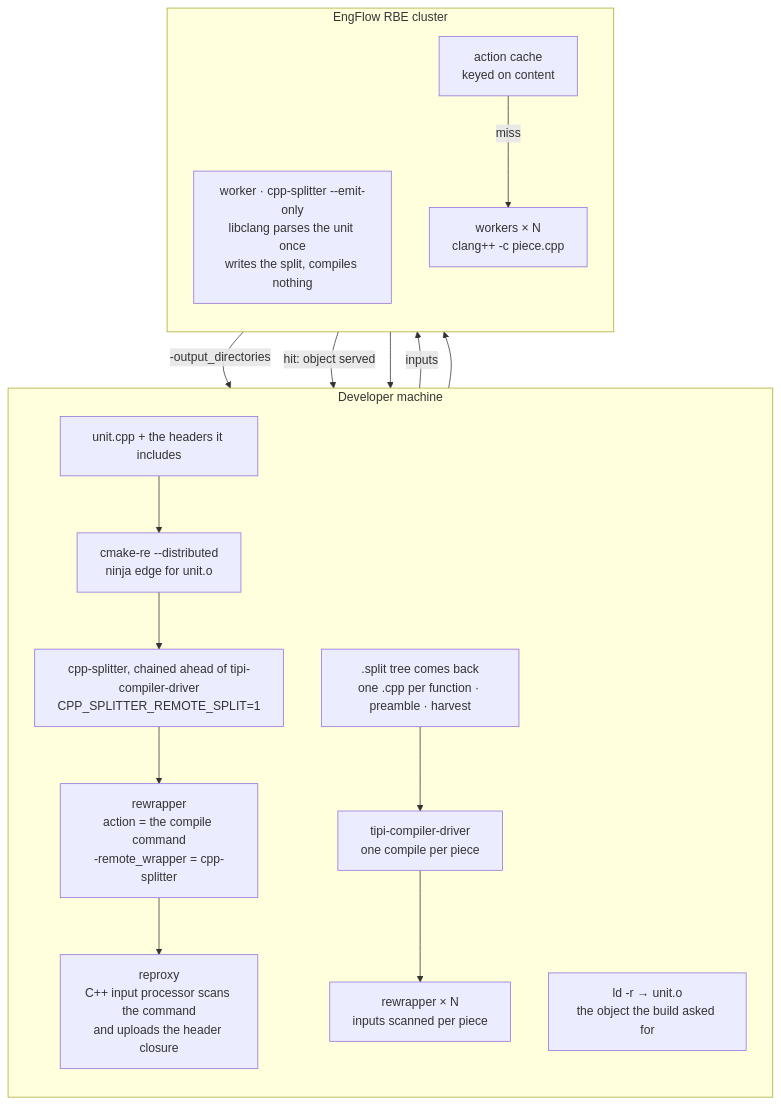
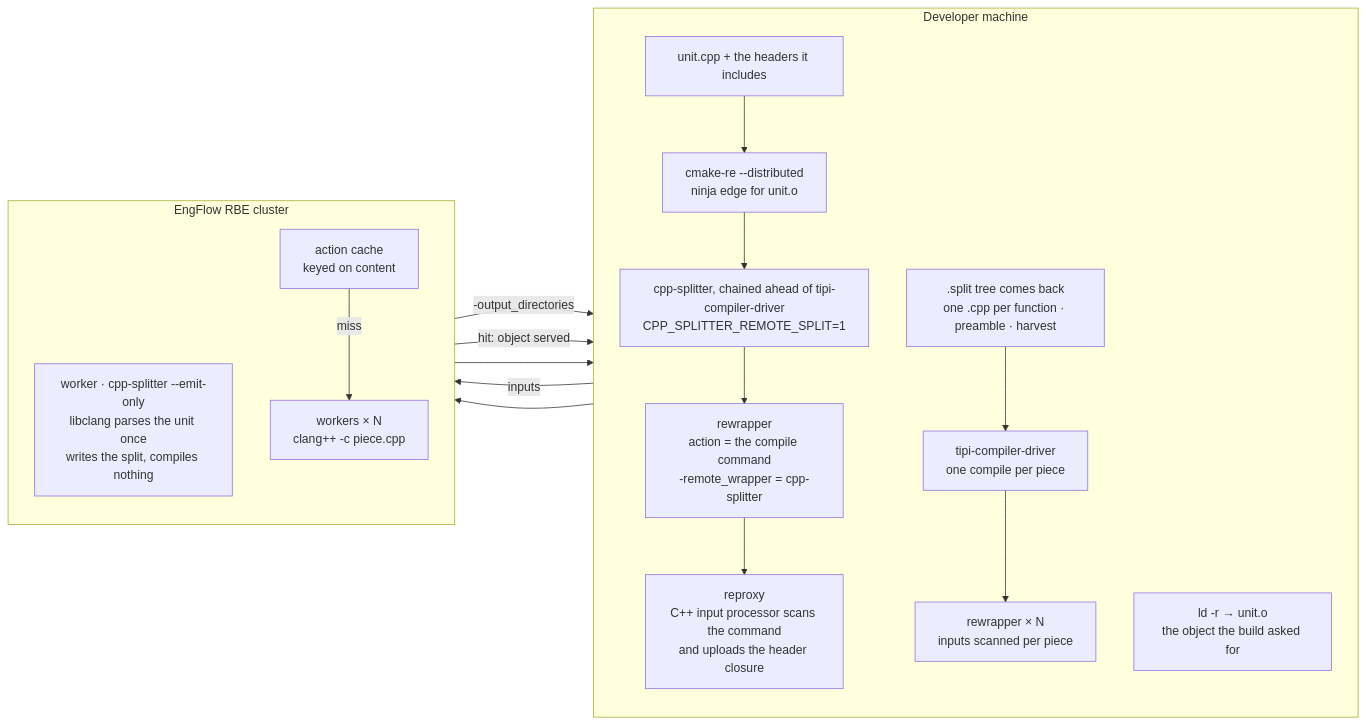
The diagram in blog_boost_spirit_test_suite.md (daminetreg/splitter), drawn with Mermaid before and after one commit.

Commit message:
:lipstick: lay the diagram out left to right
Developer machine on the left, cluster on the right; each box still flows top to bottom.

Claude-Session: https://claude.ai/code/session_01S1wCcAb4FeYEQL5j1HipRV

````diff
--- a/blog_boost_spirit_test_suite.md
+++ b/blog_boost_spirit_test_suite.md
@@ -47,27 +47,27 @@
 ```mermaid
-flowchart TB
+flowchart LR
     subgraph local["Developer machine"]
         direction TB
         src["unit.cpp + the headers it includes"]
         edge["cmake-re --distributed<br/>ninja edge for unit.o"]
         launcher["cpp-splitter, chained ahead of tipi-compiler-driver<br/>CPP_SPLITTER_REMOTE_SPLIT=1"]
         rw1["rewrapper<br/>action = the compile command<br/>-remote_wrapper = cpp-splitter"]
         reproxy["reproxy<br/>C++ input processor scans the command<br/>and uploads the header closure"]
         tree[".split tree comes back<br/>one .cpp per function · preamble · harvest"]
         driver["tipi-compiler-driver<br/>one compile per piece"]
         rw2["rewrapper × N<br/>inputs scanned per piece"]
         link["ld -r → unit.o<br/>the object the build asked for"]
     end
     subgraph cluster["EngFlow RBE cluster"]
         direction TB
         worker["worker · cpp-splitter --emit-only<br/>libclang parses the unit once<br/>writes the split, compiles nothing"]
         cache["action cache<br/>keyed on content"]
         compile["workers × N<br/>clang++ -c piece.cpp"]
     end
     src --> edge --> launcher --> rw1 --> reproxy
     reproxy -- "inputs" --> worker
     worker -- "-output_directories" --> tree
     tree --> driver --> rw2 --> cache
     cache -- "hit: object served" --> link
     cache -- "miss" --> compile --> link
 ```
````
